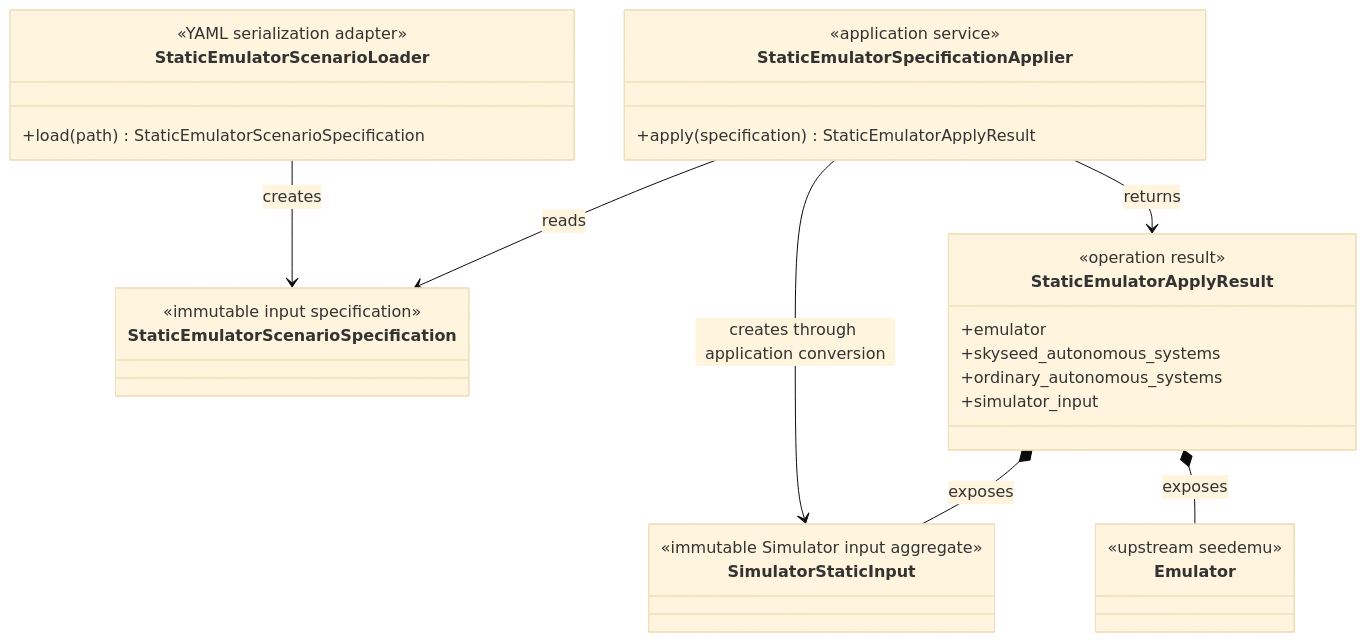
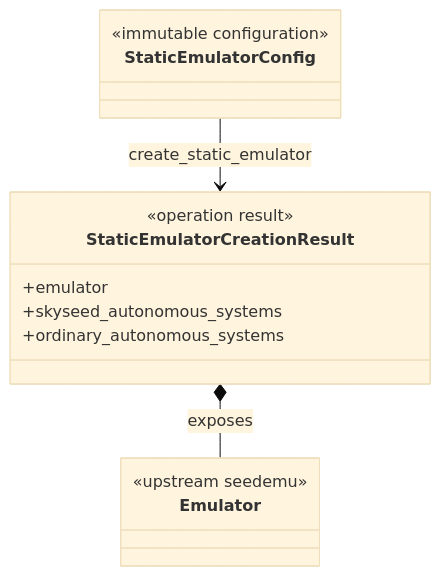
Before and after one commit to seed-labs/skyseed: the fourth of 5 diagrams in skyseed_v2/docs/architecture/conceptual-class-diagrams.md, drawn with Mermaid (base theme). The commit also changed other lines of this file and 61 other files, not shown here.

Commit message:
Clarify static configuration and orbital data ownership

````diff
--- a/skyseed_v2/docs/architecture/conceptual-class-diagrams.md
+++ b/skyseed_v2/docs/architecture/conceptual-class-diagrams.md
@@ -113,34 +115,18 @@
 ```mermaid
 classDiagram
-    class StaticEmulatorScenarioSpecification {
-        <<immutable input specification>>
+    class StaticEmulatorConfig {
+        <<immutable configuration>>
     }
-    class StaticEmulatorScenarioLoader {
-        <<YAML serialization adapter>>
-        +load(path) StaticEmulatorScenarioSpecification
-    }
-    class StaticEmulatorSpecificationApplier {
-        <<application service>>
-        +apply(specification) StaticEmulatorApplyResult
-    }
-    class StaticEmulatorApplyResult {
+    class StaticEmulatorCreationResult {
         <<operation result>>
         +emulator
         +skyseed_autonomous_systems
         +ordinary_autonomous_systems
-        +simulator_input
-    }
-    class SimulatorStaticInput {
-        <<immutable Simulator input aggregate>>
     }
     class Emulator {
         <<upstream seedemu>>
     }
 
-    StaticEmulatorScenarioLoader --> StaticEmulatorScenarioSpecification : creates
-    StaticEmulatorSpecificationApplier --> StaticEmulatorScenarioSpecification : reads
-    StaticEmulatorSpecificationApplier --> SimulatorStaticInput : creates through application conversion
-    StaticEmulatorSpecificationApplier --> StaticEmulatorApplyResult : returns
-    StaticEmulatorApplyResult *-- Emulator : exposes
-    StaticEmulatorApplyResult *-- SimulatorStaticInput : exposes
+    StaticEmulatorConfig --> StaticEmulatorCreationResult : create_static_emulator
+    StaticEmulatorCreationResult *-- Emulator : exposes
 ```
````
